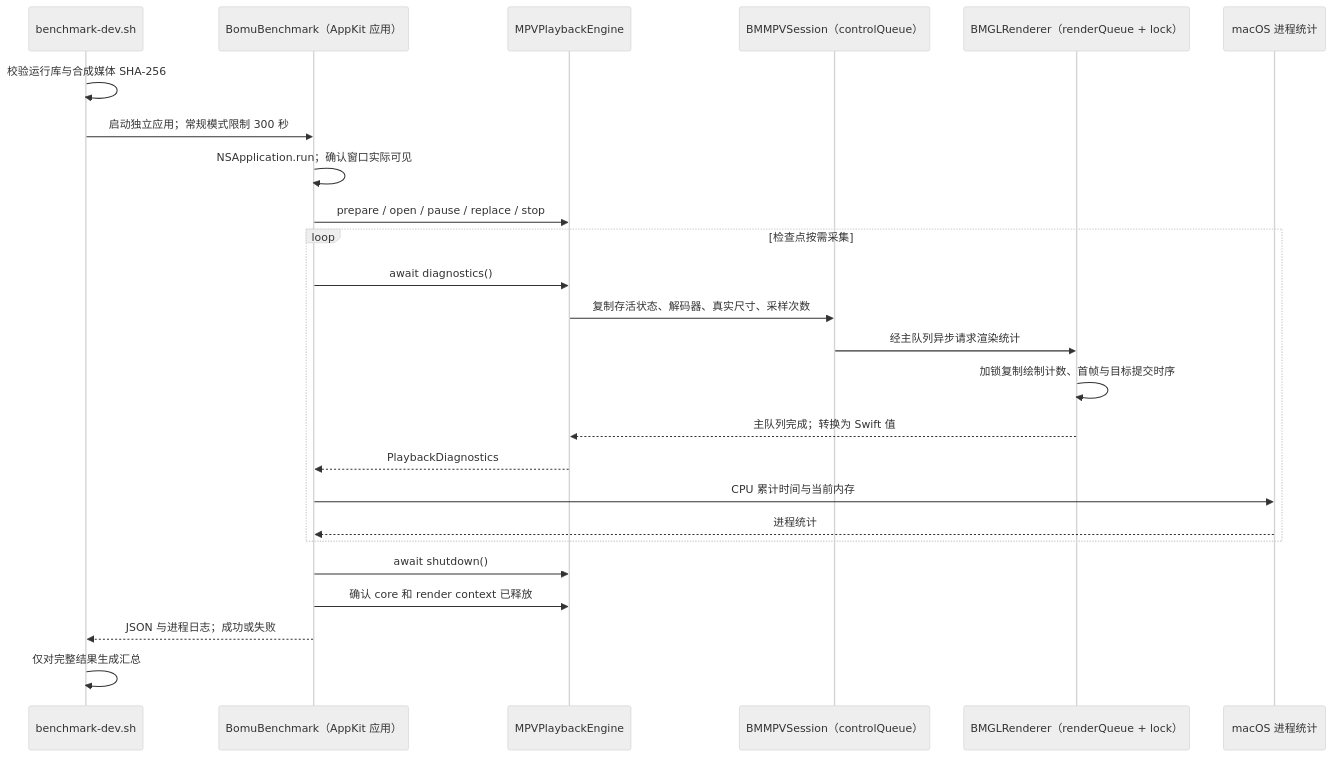
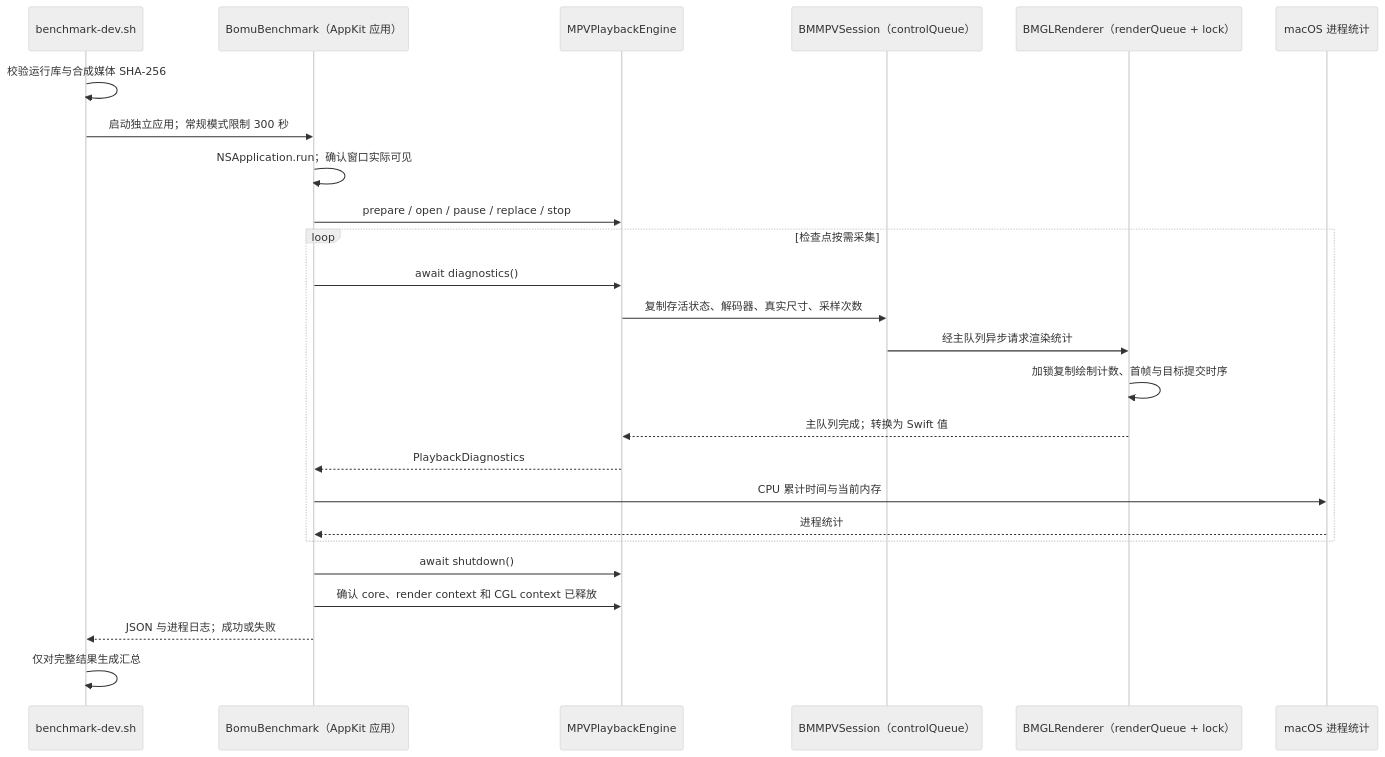
The fifth of 6 diagrams in docs/playback/native-poc/flow.md (tech-zjf/Bomu), drawn with Mermaid (neutral theme) before and after one commit. The commit also changed other lines of this file and 241 other files, not shown here.

````diff
--- a/docs/playback/native-poc/flow.md
+++ b/docs/playback/native-poc/flow.md
@@ -183,27 +187,27 @@
 ```mermaid
 sequenceDiagram
     participant Script as benchmark-dev.sh
     participant Test as BomuBenchmark（AppKit 应用）
     participant Engine as MPVPlaybackEngine
     participant Control as BMMPVSession（controlQueue）
     participant Render as BMGLRenderer（renderQueue + lock）
     participant OS as macOS 进程统计
     Script->>Script: 校验运行库与合成媒体 SHA-256
     Script->>Test: 启动独立应用；常规模式限制 300 秒
     Test->>Test: NSApplication.run；确认窗口实际可见
     Test->>Engine: prepare / open / pause / replace / stop
     loop 检查点按需采集
         Test->>Engine: await diagnostics()
         Engine->>Control: 复制存活状态、解码器、真实尺寸、采样次数
         Control->>Render: 经主队列异步请求渲染统计
         Render->>Render: 加锁复制绘制计数、首帧与目标提交时序
         Render-->>Engine: 主队列完成；转换为 Swift 值
         Engine-->>Test: PlaybackDiagnostics
         Test->>OS: CPU 累计时间与当前内存
         OS-->>Test: 进程统计
     end
     Test->>Engine: await shutdown()
-    Test->>Engine: 确认 core 和 render context 已释放
+    Test->>Engine: 确认 core、render context 和 CGL context 已释放
     Test-->>Script: JSON 与进程日志；成功或失败
     Script->>Script: 仅对完整结果生成汇总
 ```
````
